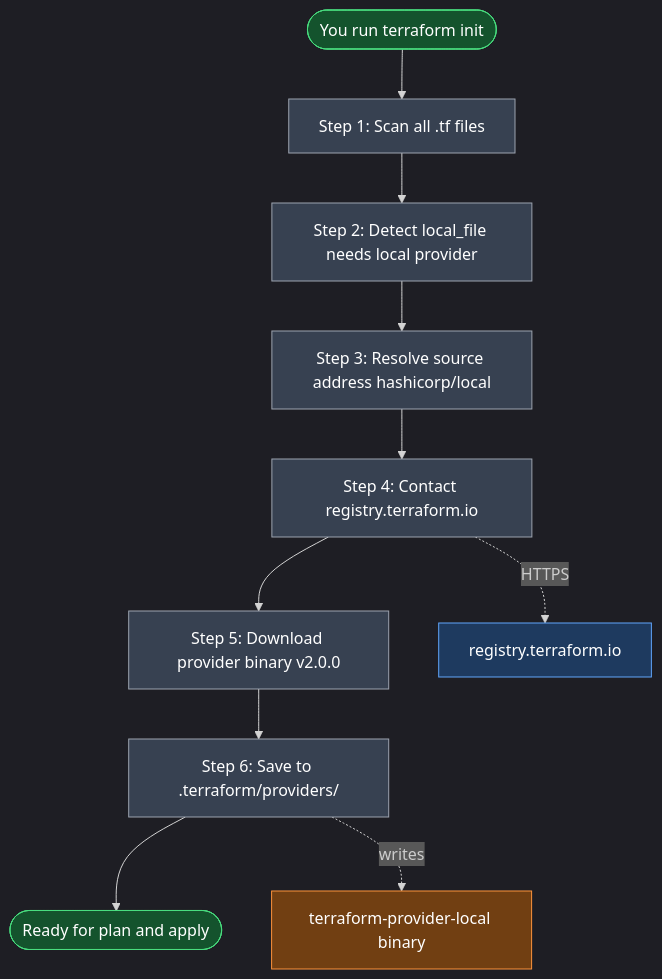
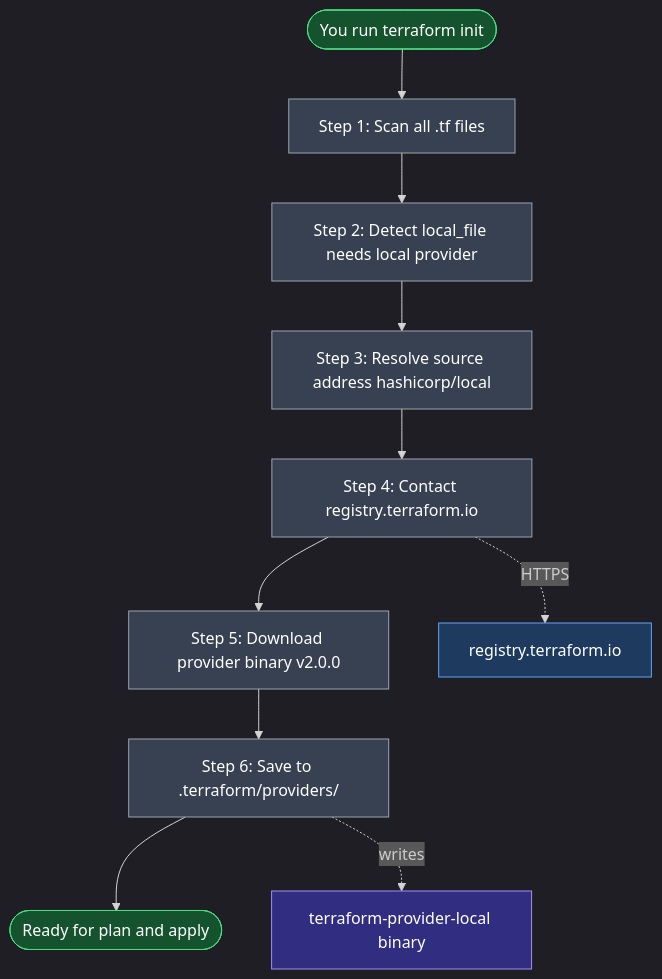
Before and after one commit to nirajp82/Terraform_Basics: the third of 9 diagrams in 04_Core_Terraform_Basics/01_Terraform_Provider.md, drawn with Mermaid. The commit also changed other lines of this file and 2 other files, not shown here.

Commit message:
Update Diagram

````diff
--- a/04_Core_Terraform_Basics/01_Terraform_Provider.md
+++ b/04_Core_Terraform_Basics/01_Terraform_Provider.md
@@ -79,25 +79,25 @@
 ```mermaid
-%%{init: {'theme': 'dark'}}%%
+%%{init: {'theme': 'dark', 'flowchart': {'htmlLabels': true}}}%%
 flowchart TD
     START(["You run terraform init"]) --> S1["Step 1: Scan all .tf files"]
     S1 --> S2["Step 2: Detect local_file needs local provider"]
     S2 --> S3["Step 3: Resolve source address hashicorp/local"]
     S3 --> S4["Step 4: Contact registry.terraform.io"]
     S4 --> S5["Step 5: Download provider binary v2.0.0"]
     S5 --> S6["Step 6: Save to .terraform/providers/"]
     S6 --> DONE(["Ready for plan and apply"])
 
     S4 -.->|HTTPS| REG["registry.terraform.io"]
     S6 -.->|writes| DISK["terraform-provider-local binary"]
 
     style START fill:#14532d,stroke:#4ade80,color:#ffffff
     style S1 fill:#374151,stroke:#9ca3af,color:#ffffff
     style S2 fill:#374151,stroke:#9ca3af,color:#ffffff
     style S3 fill:#374151,stroke:#9ca3af,color:#ffffff
     style S4 fill:#374151,stroke:#9ca3af,color:#ffffff
     style S5 fill:#374151,stroke:#9ca3af,color:#ffffff
     style S6 fill:#374151,stroke:#9ca3af,color:#ffffff
     style DONE fill:#14532d,stroke:#4ade80,color:#ffffff
     style REG fill:#1e3a5f,stroke:#60a5fa,color:#ffffff
-    style DISK fill:#713f12,stroke:#fb923c,color:#ffffff
+    style DISK fill:#312e81,stroke:#a78bfa,color:#ffffff
 ```
````
